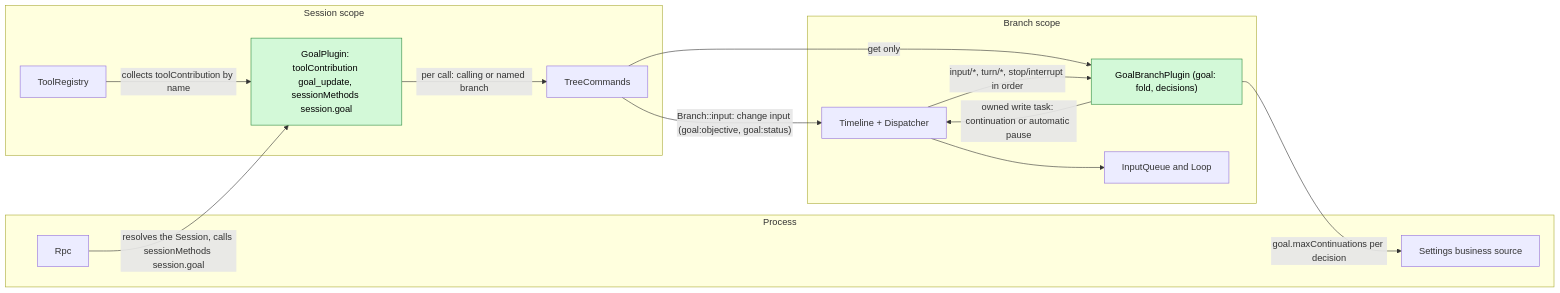
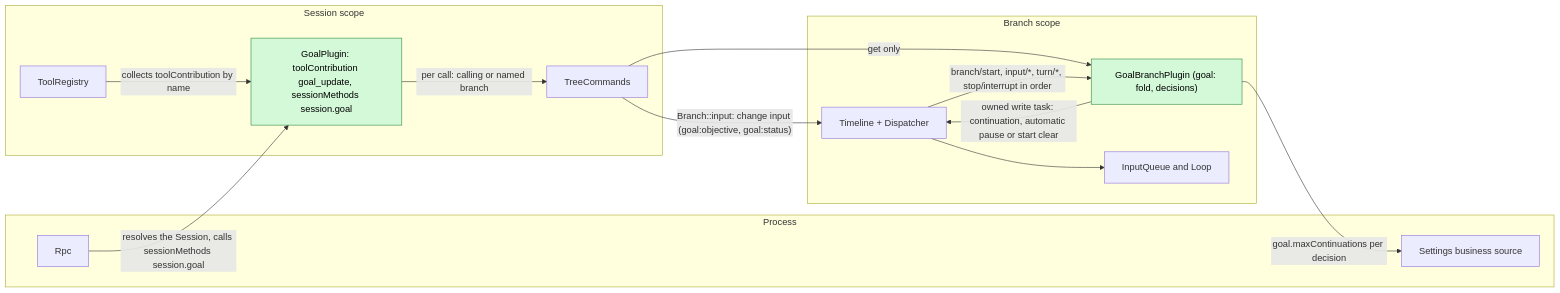
Before and after one commit to CoutinhoTTS/dim-agent: the first of 7 diagrams in docs/design/plugins/Goal.md, drawn with Mermaid. The commit also changed other lines of this file and 3 other files, not shown here.

````diff
--- a/docs/design/plugins/Goal.md
+++ b/docs/design/plugins/Goal.md
@@ -11,27 +11,27 @@
 ```mermaid
 flowchart LR
   subgraph PROC["Process"]
     Rpc["Rpc"]
     Settings["Settings business source"]
   end
   subgraph SESS["Session scope"]
     GS["GoalPlugin: toolContribution goal_update, sessionMethods session.goal"]:::new
     TR["ToolRegistry"]
     TC["TreeCommands"]
   end
   subgraph BR["Branch scope"]
     GB["GoalBranchPlugin (goal: fold, decisions)"]:::new
     TL["Timeline + Dispatcher"]
     IQ["InputQueue and Loop"]
   end
   TR -- "collects toolContribution by name" --> GS
   Rpc -- "resolves the Session, calls sessionMethods session.goal" --> GS
   GS -- "per call: calling or named branch" --> TC
   TC -- "Branch::input: change input (goal:objective, goal:status)" --> TL
   TC -- "get only" --> GB
-  TL -- "input/*, turn/*, stop/interrupt in order" --> GB
-  GB -- "owned write task: continuation or automatic pause" --> TL
+  TL -- "branch/start, input/*, turn/*, stop/interrupt in order" --> GB
+  GB -- "owned write task: continuation, automatic pause or start clear" --> TL
   GB -- "goal.maxContinuations per decision" --> Settings
   TL --> IQ
   classDef new fill:#d3f9d8,stroke:#2b8a3e,color:#000
 ```
````
